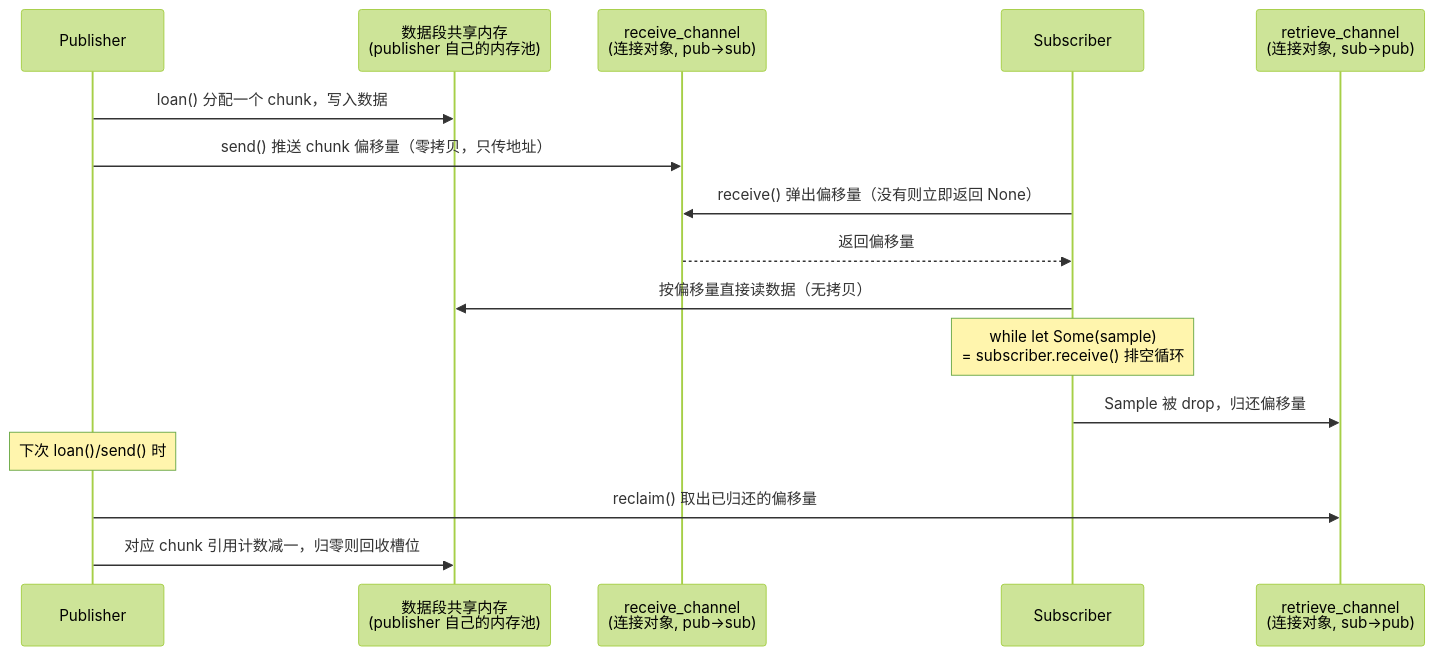
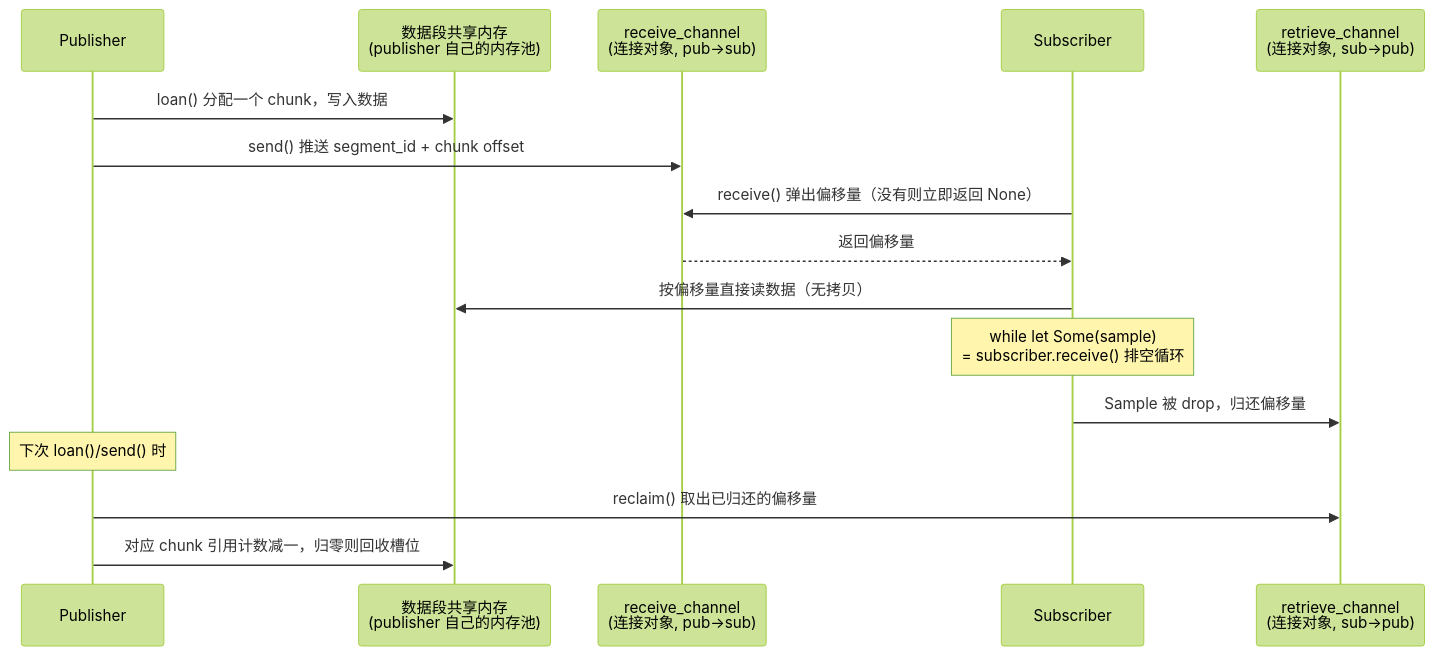
The third of 6 diagrams in data/posts/cxx/distributed_communication_middleware.md (BestUO/BestUO_Blog), drawn with Mermaid (forest theme) before and after one commit. The commit also changed other lines of this file and 1 other file, not shown here.

````diff
--- a/data/posts/cxx/distributed_communication_middleware.md
+++ b/data/posts/cxx/distributed_communication_middleware.md
@@ -202,19 +206,19 @@
 ```mermaid
 sequenceDiagram
   participant P as Publisher
   participant D as 数据段共享内存<br/>(publisher 自己的内存池)
   participant Rc as receive_channel<br/>(连接对象, pub→sub)
   participant S as Subscriber
   participant Rt as retrieve_channel<br/>(连接对象, sub→pub)
 
   P->>D: loan() 分配一个 chunk，写入数据
-  P->>Rc: send() 推送 chunk 偏移量（零拷贝，只传地址）
+  P->>Rc: send() 推送 segment_id + chunk offset
   S->>Rc: receive() 弹出偏移量（没有则立即返回 None）
   Rc-->>S: 返回偏移量
   S->>D: 按偏移量直接读数据（无拷贝）
   Note over S: while let Some(sample)<br/>= subscriber.receive() 排空循环
   S->>Rt: Sample 被 drop，归还偏移量
   Note over P: 下次 loan()/send() 时
   P->>Rt: reclaim() 取出已归还的偏移量
   P->>D: 对应 chunk 引用计数减一，归零则回收槽位
 ```
````
